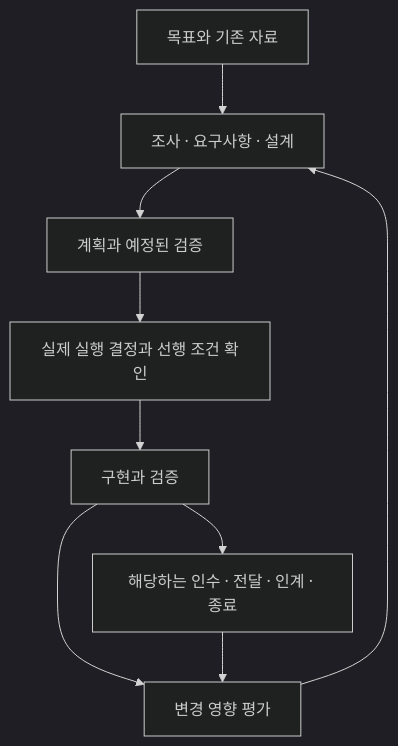
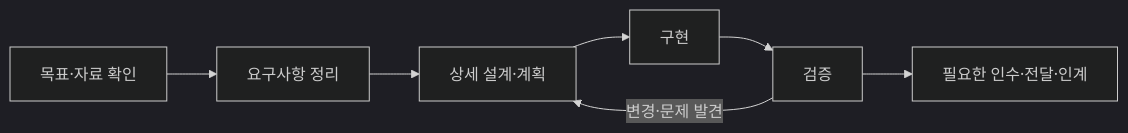
The diagram in README.md (exoluse/project_harness), drawn with Mermaid (dark theme) before and after one commit. The commit also changed other lines of this file and 1 other file, not shown here.

````diff
--- a/README.md
+++ b/README.md
@@ -192,11 +43,9 @@
 ```mermaid
-flowchart TD
-    A["목표와 기존 자료"] --> B["조사 · 요구사항 · 설계"]
-    B --> C["계획과 예정된 검증"]
-    C --> D["실제 실행 결정과 선행 조건 확인"]
-    D --> E["구현과 검증"]
-    E --> F["해당하는 인수 · 전달 · 인계 · 종료"]
-    E --> G["변경 영향 평가"]
-    F --> G
-    G --> B
+flowchart LR
+    A["목표·자료 확인"] --> B["요구사항 정리"]
+    B --> C["상세 설계·계획"]
+    C --> D["구현"]
+    D --> E["검증"]
+    E --> F["필요한 인수·전달·인계"]
+    E -->|변경·문제 발견| C
 ```
````
